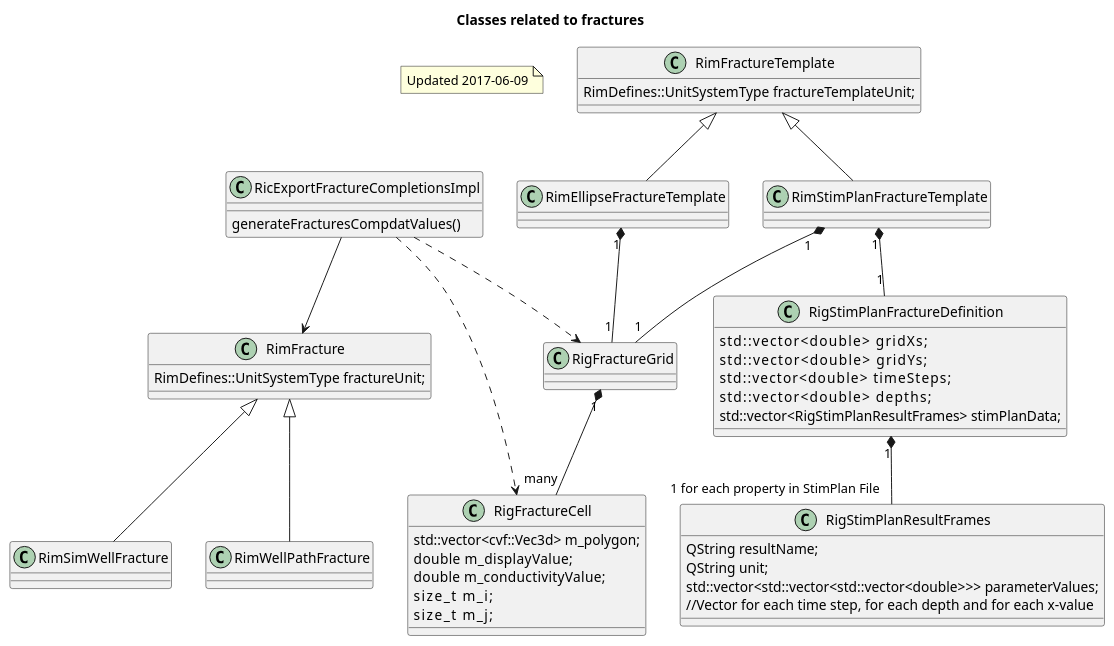
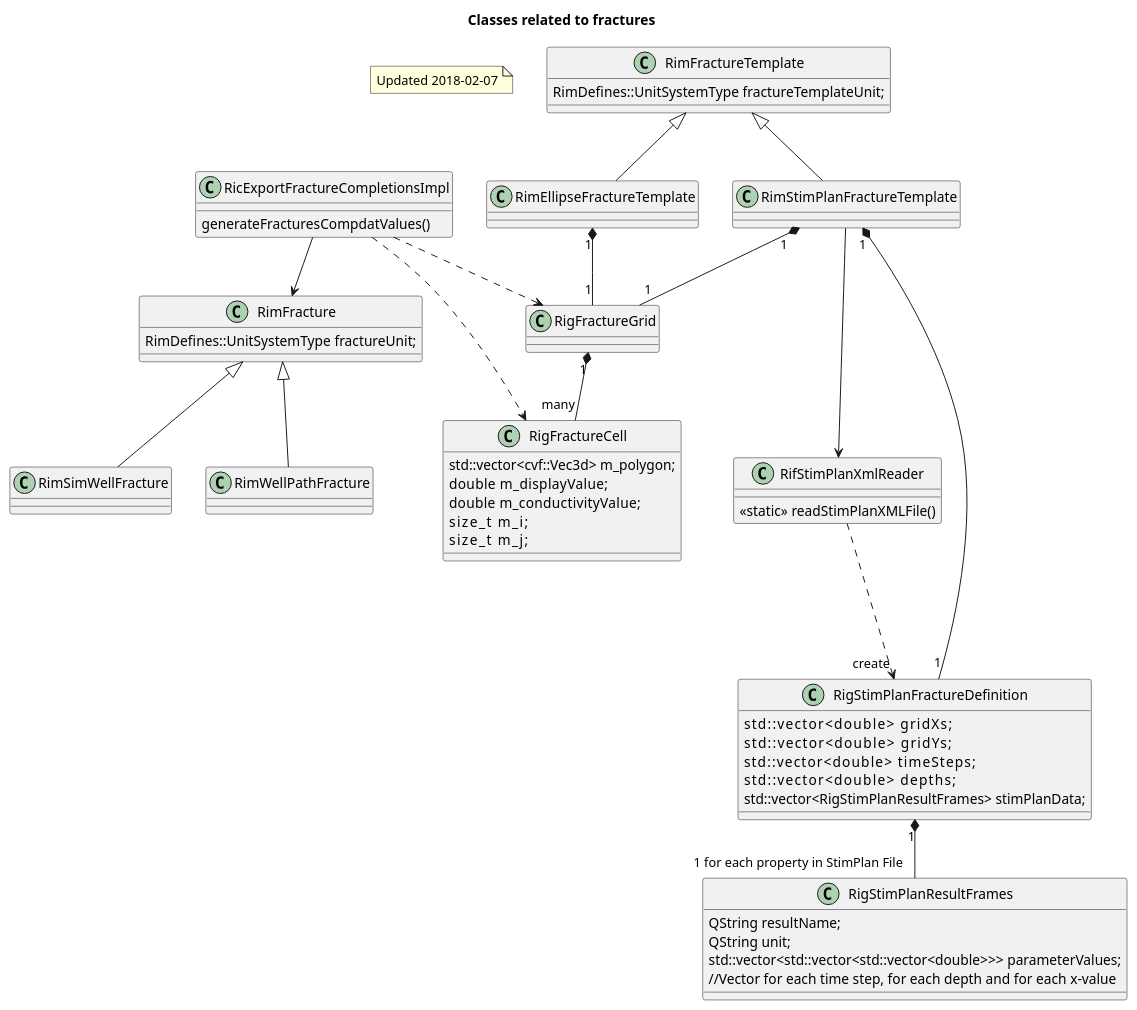
Before and after one commit to OPM/ResInsight: the diagram in doc/fracture_clases.plantuml, drawn with PlantUML. The commit also changed 7 other files, not shown here.

Commit message:
#2388 fractures. Support for asymmetric stim plan

```diff
--- a/doc/fracture_clases.plantuml
+++ b/doc/fracture_clases.plantuml
@@ -1,88 +1,89 @@
 @startuml
 
 Title Classes related to fractures
 
 note as N1
- Updated 2017-06-09
+ Updated 2018-02-07
 end note
 
 class RimFracture {
 RimDefines::UnitSystemType fractureUnit;
 }
 
 class RimSimWellFracture {
 }
 class RimWellPathFracture {
 }
 
 
 RimFracture <|-- RimSimWellFracture
 RimFracture <|-- RimWellPathFracture
 
 
 class RimFractureTemplate {
 RimDefines::UnitSystemType fractureTemplateUnit;
 }
 
 class RimEllipseFractureTemplate {
 }
 class RimStimPlanFractureTemplate {
 }
 
+class RifStimPlanXmlReader {
+	<<static>> readStimPlanXMLFile()
+}
 
 RimFractureTemplate <|-- RimEllipseFractureTemplate
 RimFractureTemplate <|-- RimStimPlanFractureTemplate
 
 class RigStimPlanFractureDefinition{
     std::vector<double>          gridXs;
     std::vector<double>          gridYs;
     std::vector<double>          timeSteps;
     std::vector<double>          depths;
     std::vector<RigStimPlanResultFrames> stimPlanData;
 
 }
 
 class RigFractureCell{
     std::vector<cvf::Vec3d> m_polygon;
     double   m_displayValue;
     double   m_conductivityValue;
     size_t     m_i;
     size_t     m_j;
 
 
 }
 
 class RigFractureGrid{
 }
 
 
 RimStimPlanFractureTemplate "1" *-- "1" RigStimPlanFractureDefinition
 RimStimPlanFractureTemplate "1" *-- "1" RigFractureGrid
 RimEllipseFractureTemplate "1" *-- "1" RigFractureGrid
 RigFractureGrid "1" *-- "many" RigFractureCell
 
 class RigStimPlanResultFrames{
     QString resultName;
     QString unit;
     std::vector<std::vector<std::vector<double>>> parameterValues;
     //Vector for each time step, for each depth and for each x-value
 
 }
 
 RigStimPlanFractureDefinition "1" *-- "1 for each property in StimPlan File" RigStimPlanResultFrames
 
 RicExportFractureCompletionsImpl --> RimFracture 
 RicExportFractureCompletionsImpl ..> RigFractureGrid
 RicExportFractureCompletionsImpl ..> RigFractureCell
 
 
 class RicExportFractureCompletionsImpl{
 generateFracturesCompdatValues()
 }
 
-
-
-
-
+RimStimPlanFractureTemplate ---> RifStimPlanXmlReader
+RifStimPlanXmlReader ...> "create" RigStimPlanFractureDefinition
 
 @enduml
```
